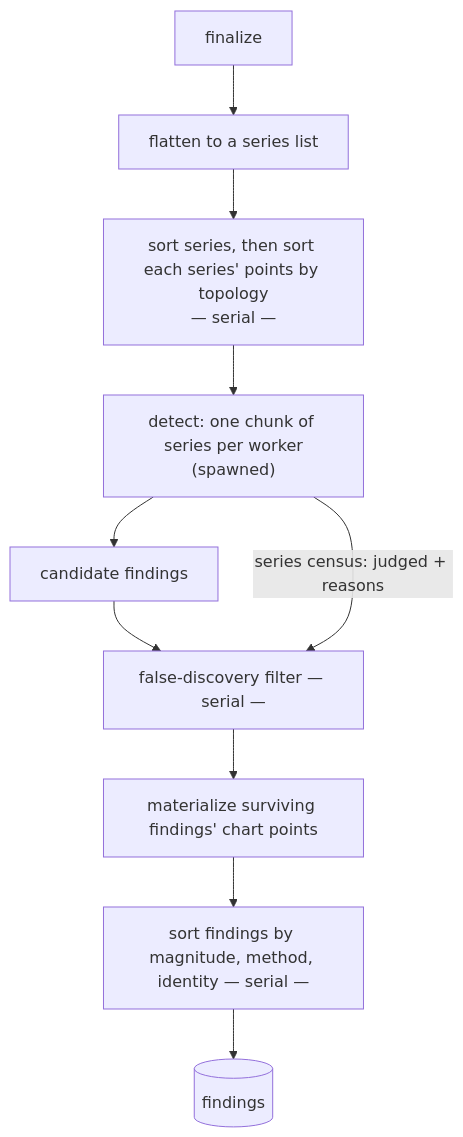
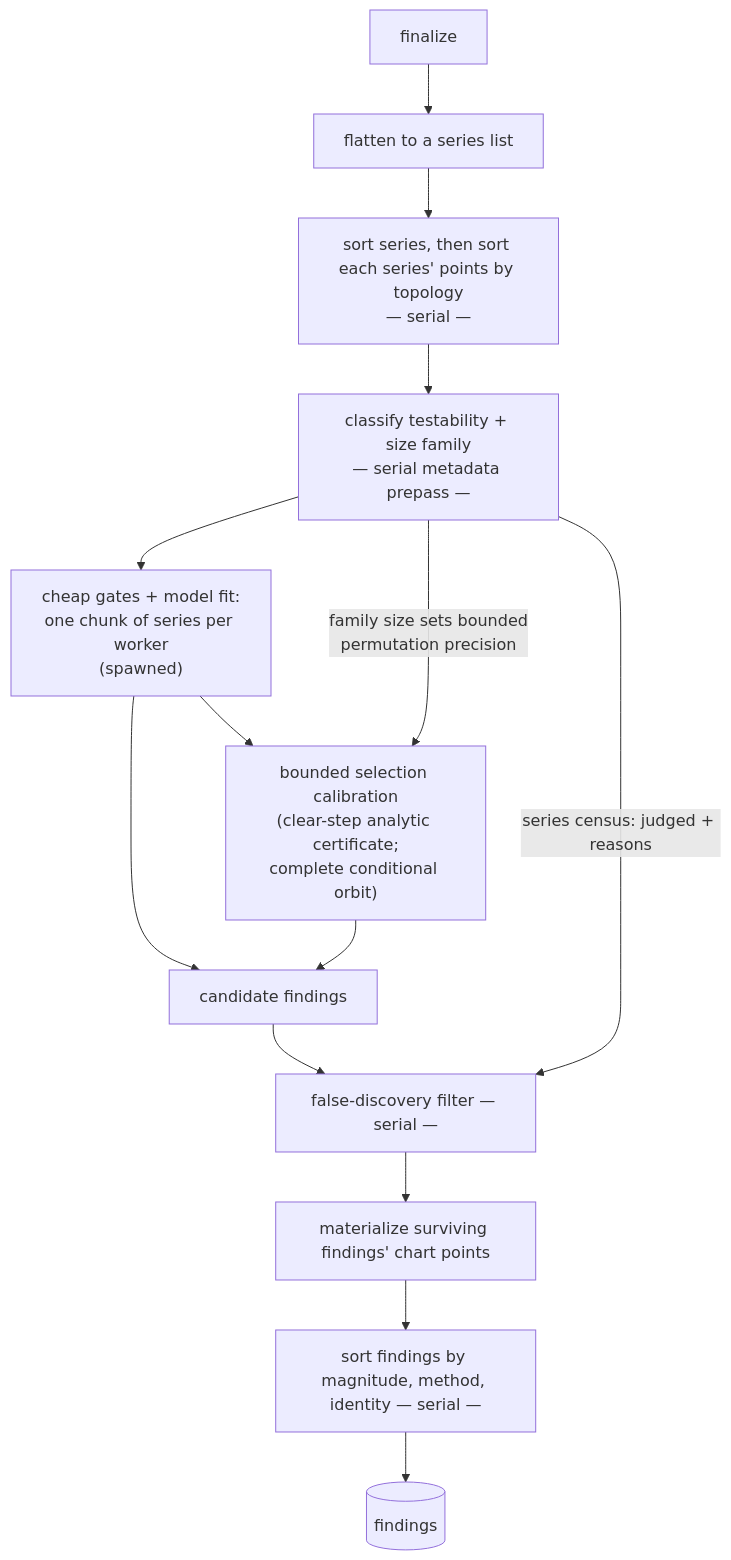
Before and after one commit to folo-rs/folo: the third of 4 diagrams in packages/cargo-bench-history/docs/analyze.md, drawn with Mermaid. The commit also changed other lines of this file and 57 other files, not shown here.

First line of the commit message:
cargo-bench-history: honest change-point significance and drop the confidence figure (#488)

````diff
--- a/packages/cargo-bench-history/docs/analyze.md
+++ b/packages/cargo-bench-history/docs/analyze.md
@@ -116,12 +116,16 @@
 ```mermaid
 flowchart TD
   FIN["finalize"] --> FLAT["flatten to a series list"]
   FLAT --> SS["sort series, then sort each series' points by topology\n— serial —"]
-  SS --> DALL["detect: one chunk of series per worker\n(spawned)"]
+  SS --> CENSUS["classify testability + size family\n— serial metadata prepass —"]
+  CENSUS --> DALL["cheap gates + model fit:\none chunk of series per worker\n(spawned)"]
   DALL --> CANDS["candidate findings"]
+  DALL --> CAL["bounded selection calibration\n(clear-step analytic certificate;\ncomplete conditional orbit)"]
+  CAL --> CANDS
   CANDS --> BH["false-discovery filter — serial —"]
-  DALL -->|series census: judged + reasons| BH
+  CENSUS -->|series census: judged + reasons| BH
+  CENSUS -->|family size sets bounded\npermutation precision| CAL
   BH --> MAT["materialize surviving findings' chart points"]
   MAT --> SF["sort findings by magnitude, method, identity — serial —"]
   SF --> FINDINGS[("findings")]
 ```
````
